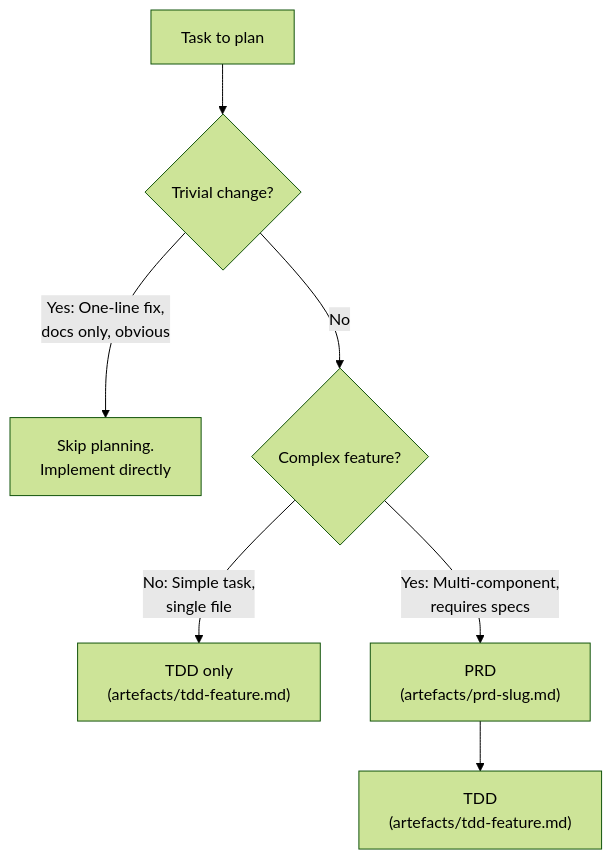
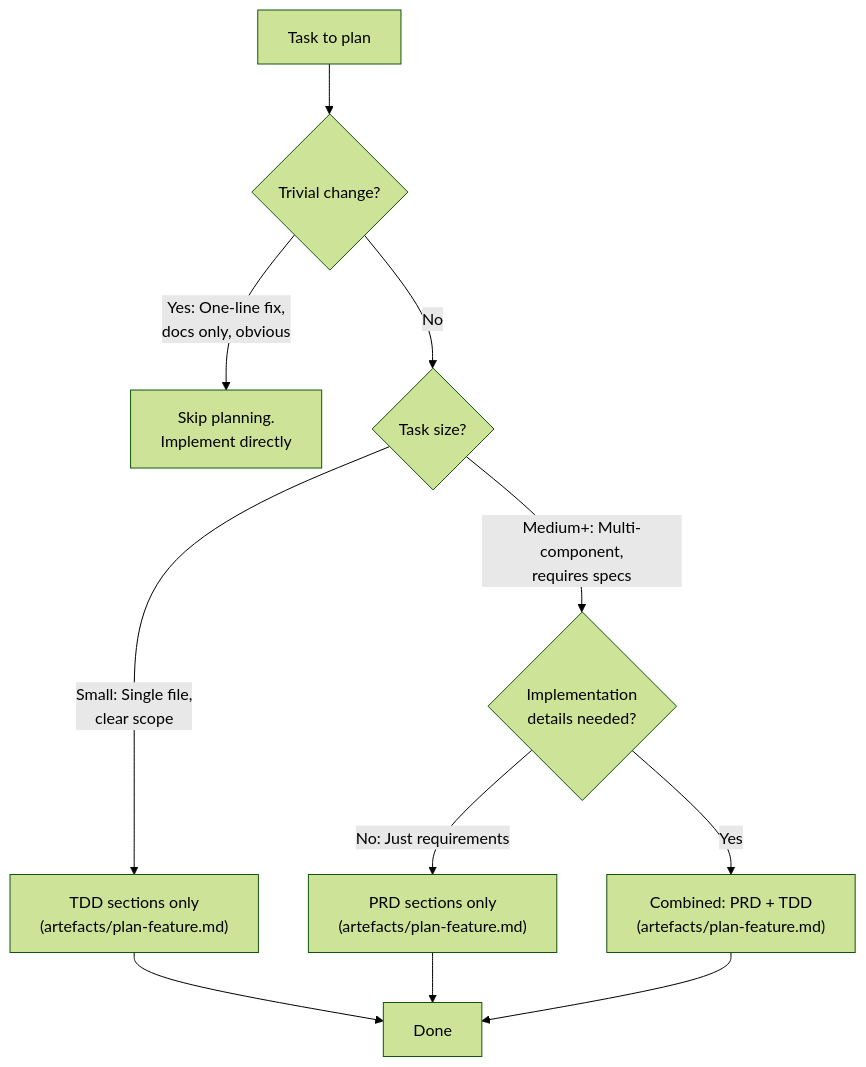
One commit to rstacruz/agentic-toolkit changed the second of 2 diagrams in skill/atk/plan-with-tdd-and-prd/SKILL.md. Above: the diagram before and after it, drawn with Mermaid (forest theme). The commit also changed other lines of this file and 4 other files, not shown here.

````diff
--- a/skill/atk/plan-with-tdd-and-prd/SKILL.md
+++ b/skill/atk/plan-with-tdd-and-prd/SKILL.md
@@ -480,11 +540,14 @@
 ```mermaid
 flowchart TD
     Start["Task to plan"] --> Trivial{"Trivial change?"}
     Trivial -->|"Yes: One-line fix,<br>docs only, obvious"| Skip["Skip planning.<br>Implement directly"]
-    Trivial -->|"No"| Complex{"Complex feature?"}
+    Trivial -->|"No"| Size{"Task size?"}
     
-    Complex -->|"No: Simple task,<br>single file"| TDD["TDD only<br>(artefacts/tdd-feature.md)"]
-    Complex -->|"Yes: Multi-component,<br>requires specs"| PRD["PRD<br>(artefacts/prd-slug.md)"]
+    Size -->|"Small: Single file,<br>clear scope"| TDD["TDD sections only<br>(artefacts/plan-feature.md)"]
+    Size -->|"Medium+: Multi-component,<br>requires specs"| NeedImpl{"Implementation<br>details needed?"}
     
-    PRD --> TDDFull["TDD<br>(artefacts/tdd-feature.md)"]
+    NeedImpl -->|"Yes"| Combined["Combined: PRD + TDD<br>(artefacts/plan-feature.md)"]
+    NeedImpl -->|"No: Just requirements"| PRD["PRD sections only<br>(artefacts/plan-feature.md)"]
+    
+    TDD & PRD & Combined --> Done
 ```
````
